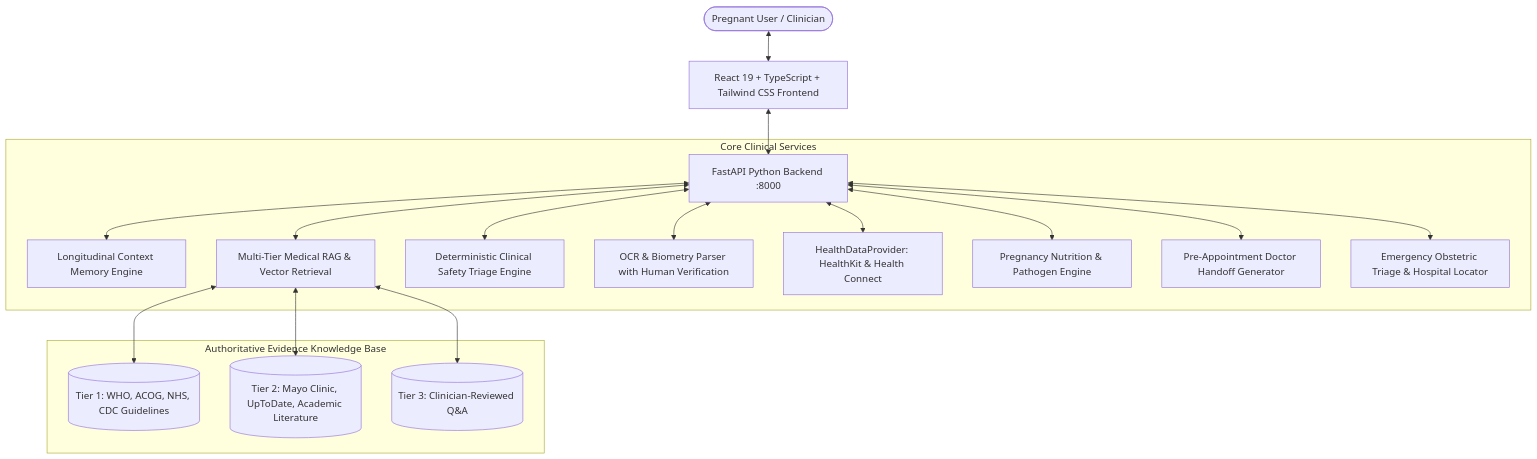
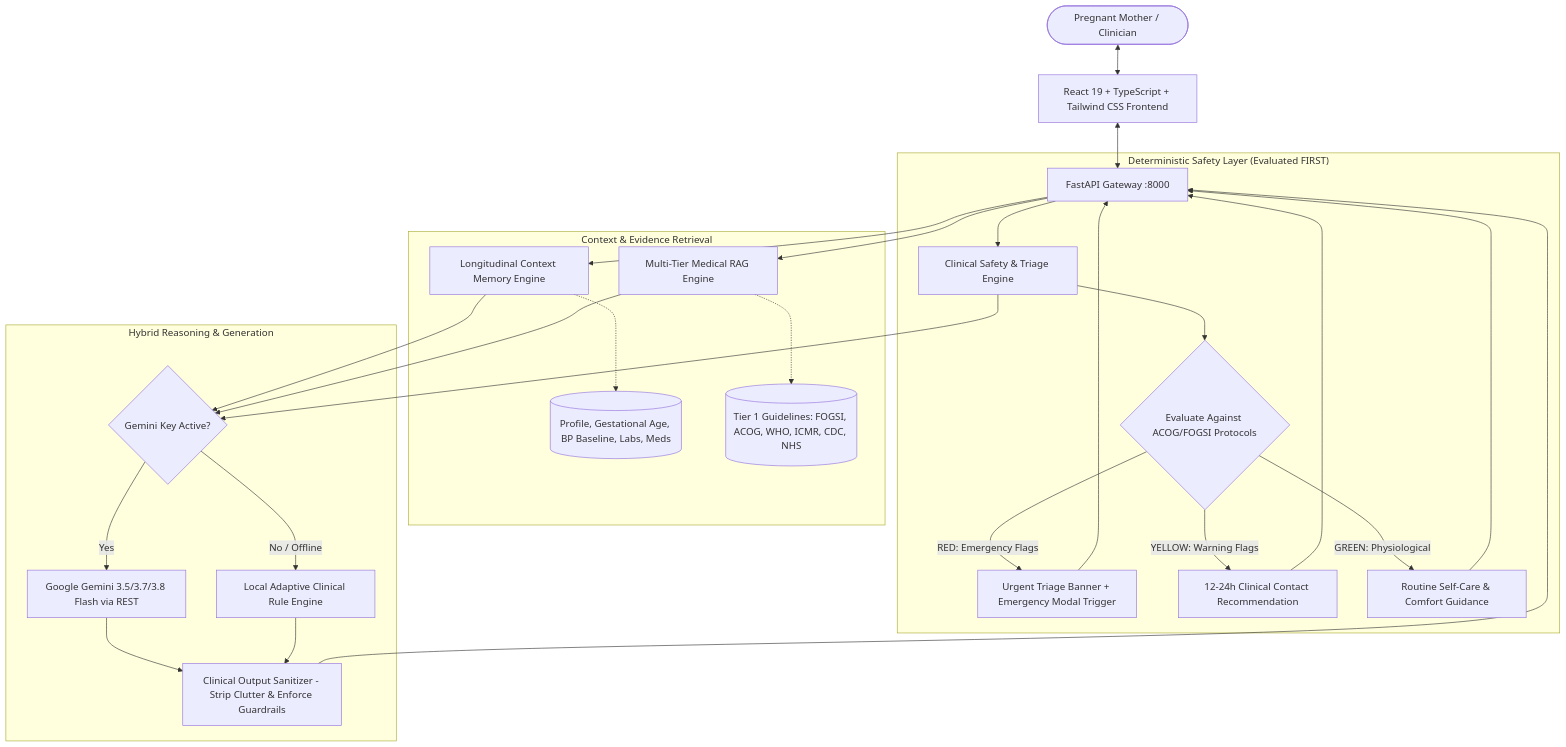
Before and after one commit to bhaskarreddy02/MOMent: the first of 2 diagrams in README.md, drawn with Mermaid. The commit also changed other lines of this file and 1 other file, not shown here.

Commit message:
feat: add SymptomTriageModal component for symptom logging and safety evaluation

````diff
--- a/README.md
+++ b/README.md
@@ -31,22 +54,30 @@
 ```mermaid
-graph TD
-    User([Pregnant User / Clinician]) <--> UI[React 19 + TypeScript + Tailwind CSS Frontend]
-    UI <--> API[FastAPI Python Backend :8000]
-    
-    subgraph "Core Clinical Services"
-        API <--> ContextService[Longitudinal Context Memory Engine]
-        API <--> RAGService[Multi-Tier Medical RAG & Vector Retrieval]
-        API <--> SafetyEngine[Deterministic Clinical Safety Triage Engine]
-        API <--> OCRService[OCR & Biometry Parser with Human Verification]
-        API <--> HealthAdapter[HealthDataProvider: HealthKit & Health Connect]
-        API <--> FoodService[Pregnancy Nutrition & Pathogen Engine]
-        API <--> SummaryService[Pre-Appointment Doctor Handoff Generator]
-        API <--> EmergencyHub[Emergency Obstetric Triage & Hospital Locator]
+flowchart TD
+    User([Pregnant Mother / Clinician]) <--> UI[React 19 + TypeScript + Tailwind CSS Frontend]
+    UI <--> API[FastAPI Gateway :8000]
+
+    subgraph "Deterministic Safety Layer (Evaluated FIRST)"
+        API --> SafetyEngine[Clinical Safety & Triage Engine]
+        SafetyEngine --> RuleEval{Evaluate Against ACOG/FOGSI Protocols}
+        RuleEval -->|RED: Emergency Flags| RedTrigger[Urgent Triage Banner + Emergency Modal Trigger]
+        RuleEval -->|YELLOW: Warning Flags| YellowTrigger[12-24h Clinical Contact Recommendation]
+        RuleEval -->|GREEN: Physiological| GreenTrigger[Routine Self-Care & Comfort Guidance]
     end
 
-    subgraph "Authoritative Evidence Knowledge Base"
-        RAGService <--> Tier1[(Tier 1: WHO, ACOG, NHS, CDC Guidelines)]
-        RAGService <--> Tier2[(Tier 2: Mayo Clinic, UpToDate, Academic Literature)]
-        RAGService <--> Tier3[(Tier 3: Clinician-Reviewed Q&A)]
+    subgraph "Context & Evidence Retrieval"
+        API --> ContextMemory[Longitudinal Context Memory Engine]
+        ContextMemory -.-> PatientProfile[(Profile, Gestational Age, BP Baseline, Labs, Meds)]
+        API --> RAG[Multi-Tier Medical RAG Engine]
+        RAG -.-> Corpus[(Tier 1 Guidelines: FOGSI, ACOG, WHO, ICMR, CDC, NHS)]
     end
+
+    subgraph "Hybrid Reasoning & Generation"
+        ContextMemory & RAG & SafetyEngine --> LLMGateway{Gemini Key Active?}
+        LLMGateway -->|Yes| Gemini[Google Gemini 3.5/3.7/3.8 Flash via REST]
+        LLMGateway -->|No / Offline| LocalEngine[Local Adaptive Clinical Rule Engine]
+        Gemini & LocalEngine --> PostSanitizer[Clinical Output Sanitizer - Strip Clutter & Enforce Guardrails]
+    end
+
+    PostSanitizer --> API
+    RedTrigger & YellowTrigger & GreenTrigger --> API
 ```
````
